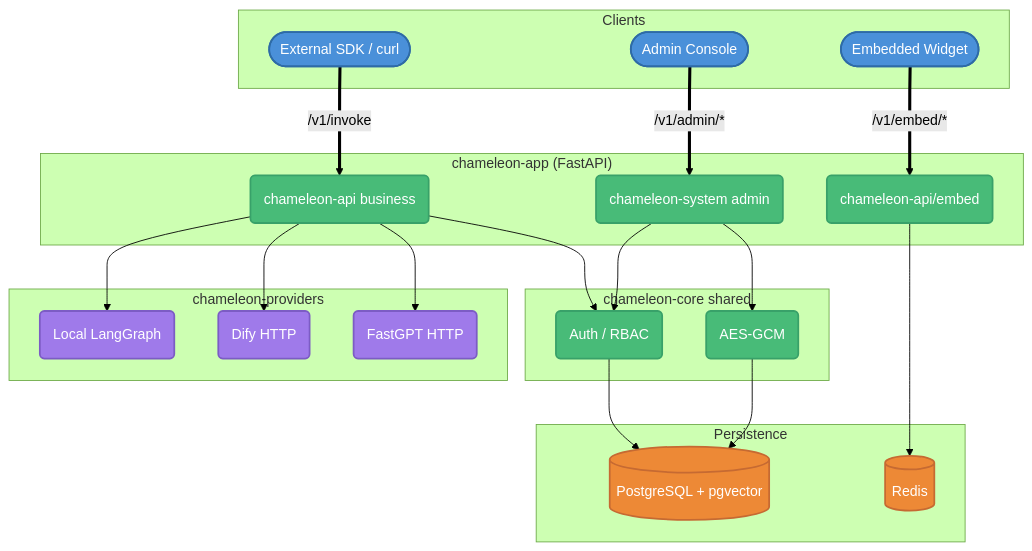
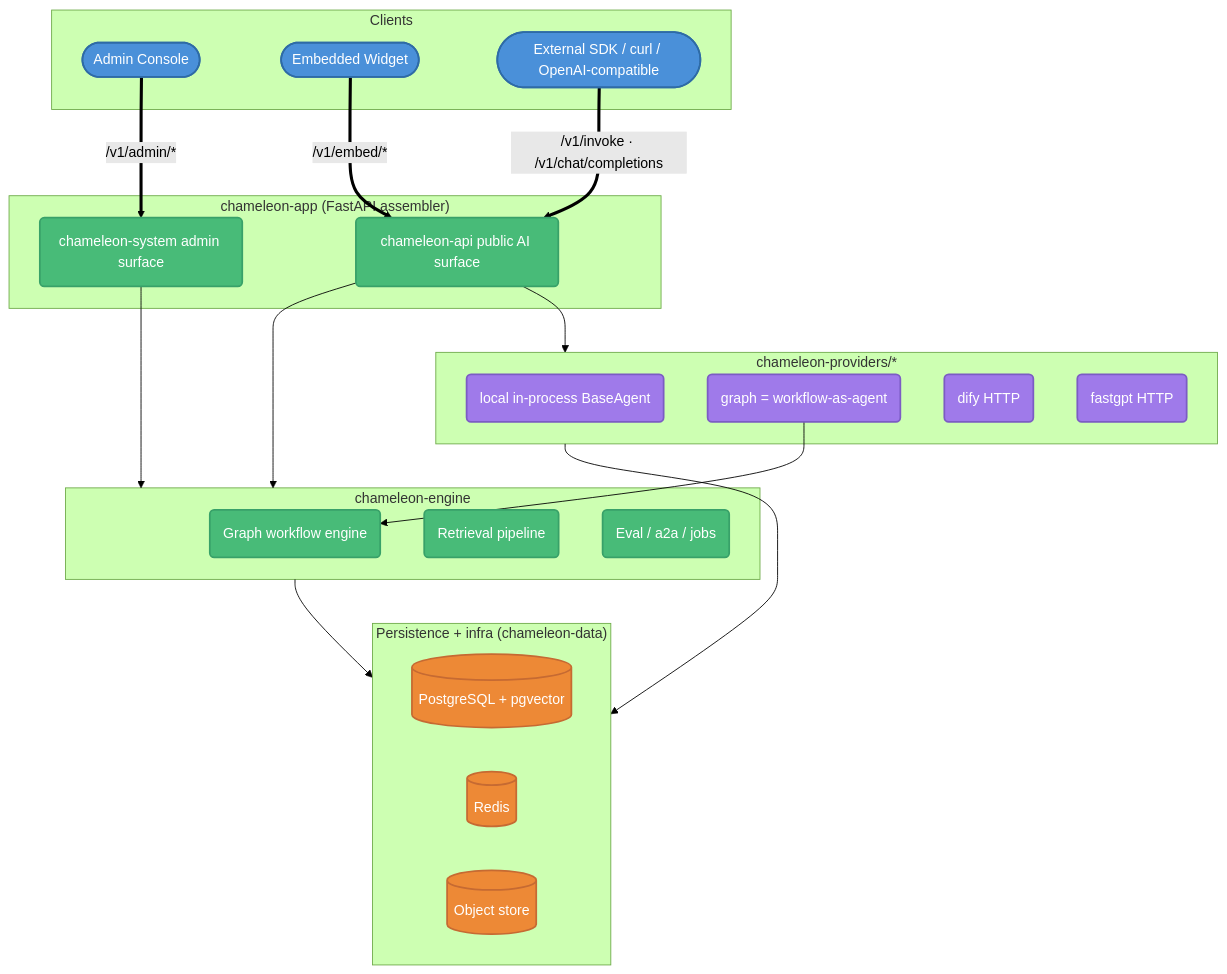
Before and after one commit to garveyhu/Chameleon: the first of 2 diagrams in docs/en/architecture.md, drawn with Mermaid (forest theme). The commit also changed other lines of this file and 53 other files, not shown here.

````diff
--- a/docs/en/architecture.md
+++ b/docs/en/architecture.md
@@ -5,47 +9,48 @@
 ```mermaid
 graph TB
     classDef edge fill:#4A90D9,stroke:#2E6BA6,stroke-width:2px,color:#fff
     classDef be fill:#48BB78,stroke:#38A169,stroke-width:2px,color:#fff
     classDef store fill:#ED8936,stroke:#C66A32,stroke-width:2px,color:#fff
     classDef provider fill:#9F7AEA,stroke:#7C5CC4,stroke-width:2px,color:#fff
 
     subgraph Edge["Clients"]
         UI([Admin Console]):::edge
         Widget([Embedded Widget]):::edge
-        SDK([External SDK / curl]):::edge
+        SDK([External SDK / curl / OpenAI-compatible]):::edge
     end
 
-    subgraph App["chameleon-app (FastAPI)"]
-        API(chameleon-api business):::be
-        SYS(chameleon-system admin):::be
-        EMBED(chameleon-api/embed):::be
+    subgraph App["chameleon-app (FastAPI assembler)"]
+        API(chameleon-api public AI surface):::be
+        SYS(chameleon-system admin surface):::be
     end
 
-    subgraph Core["chameleon-core shared"]
-        Auth(Auth / RBAC):::be
-        Crypto(AES-GCM):::be
+    subgraph Engine["chameleon-engine"]
+        Graph(Graph workflow engine):::be
+        Retrieval(Retrieval pipeline):::be
+        Eval(Eval / a2a / jobs):::be
     end
 
-    subgraph Providers["chameleon-providers"]
-        Local(Local LangGraph):::provider
-        Dify(Dify HTTP):::provider
-        FastGPT(FastGPT HTTP):::provider
+    subgraph Providers["chameleon-providers/*"]
+        Local(local in-process BaseAgent):::provider
+        GraphP(graph = workflow-as-agent):::provider
+        Dify(dify HTTP):::provider
+        FastGPT(fastgpt HTTP):::provider
     end
 
-    subgraph DataLayer["Persistence"]
+    subgraph DataLayer["Persistence + infra (chameleon-data)"]
         PG[(PostgreSQL + pgvector)]:::store
         Redis[(Redis)]:::store
+        OS[(Object store)]:::store
     end
 
     UI ==>|/v1/admin/*| SYS
-    Widget ==>|/v1/embed/*| EMBED
-    SDK ==>|/v1/invoke| API
+    Widget ==>|/v1/embed/*| API
+    SDK ==>|/v1/invoke · /v1/chat/completions| API
 
-    API --> Auth --> PG
-    SYS --> Auth
-    EMBED --> Redis
-    API --> Local
-    API --> Dify
-    API --> FastGPT
-    SYS --> Crypto --> PG
+    API --> Engine
+    API --> Providers
+    SYS --> Engine
+    Engine --> DataLayer
+    Providers --> DataLayer
+    GraphP --> Graph
 ```
````
